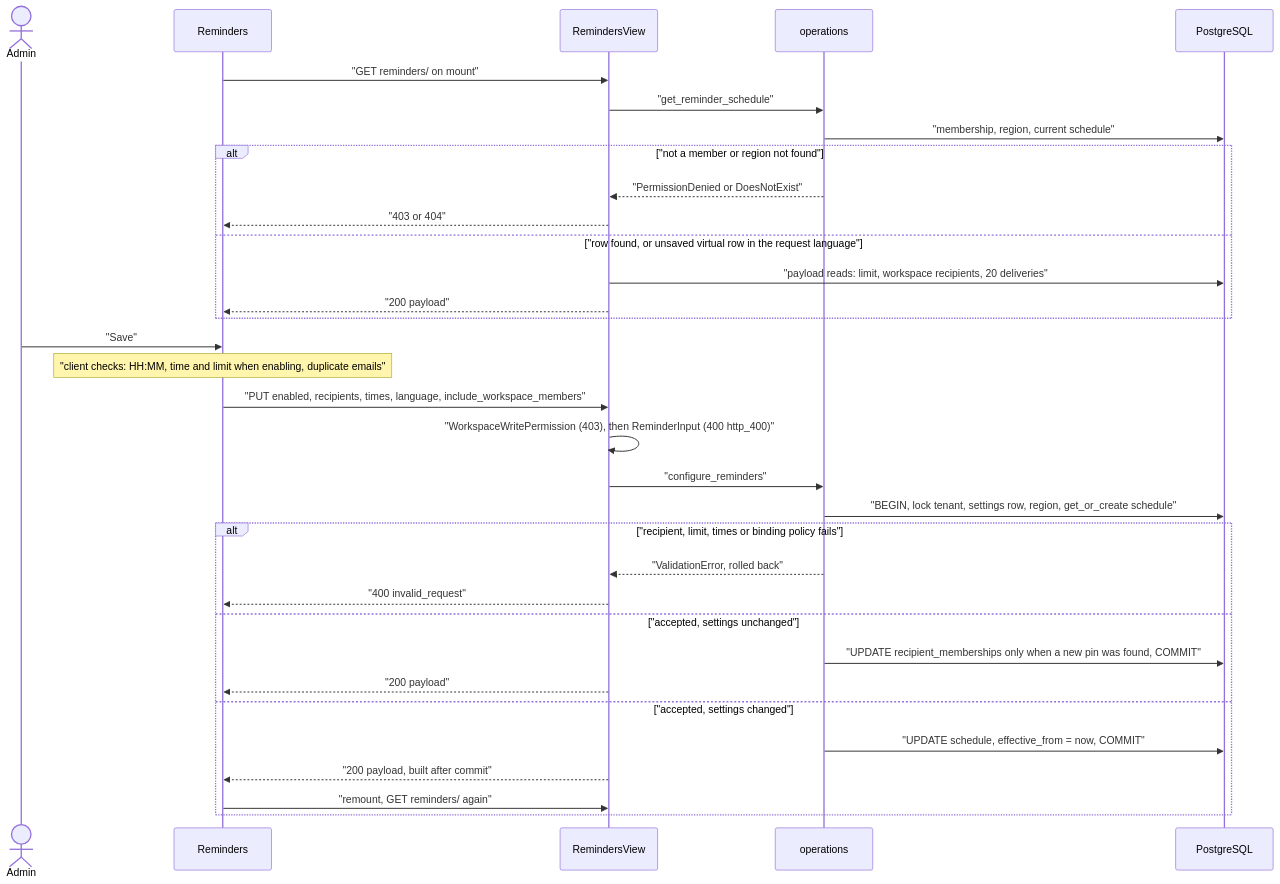
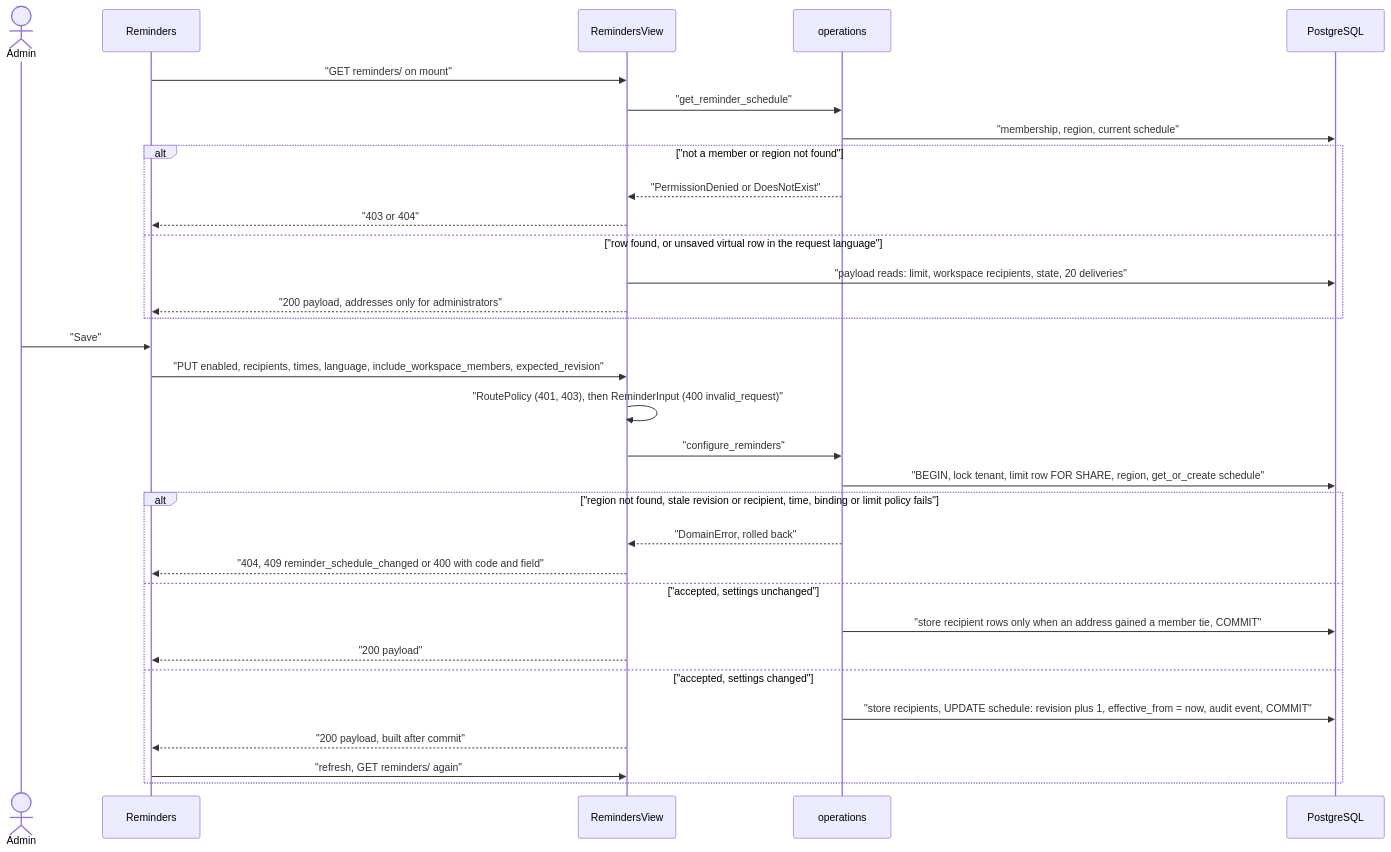
One commit to erkurtharun/pyracast changed the diagram in docs/flows/reminder-configuration.md. Above: the diagram before and after it, drawn with Mermaid. The commit also changed other lines of this file and 85 other files, not shown here.

First line of the commit message:
Bring the flow pages in line with the code (#107)

````diff
--- a/docs/flows/reminder-configuration.md
+++ b/docs/flows/reminder-configuration.md
@@ -13,35 +14,34 @@
 ```mermaid
 sequenceDiagram
     actor A as Admin
     participant U as Reminders
     participant V as RemindersView
     participant O as operations
     participant D as PostgreSQL
     U->>V: "GET reminders/ on mount"
     V->>O: "get_reminder_schedule"
     O->>D: "membership, region, current schedule"
     alt "not a member or region not found"
         O-->>V: "PermissionDenied or DoesNotExist"
         V-->>U: "403 or 404"
     else "row found, or unsaved virtual row in the request language"
-        V->>D: "payload reads: limit, workspace recipients, 20 deliveries"
-        V-->>U: "200 payload"
+        V->>D: "payload reads: limit, workspace recipients, state, 20 deliveries"
+        V-->>U: "200 payload, addresses only for administrators"
     end
     A->>U: "Save"
-    Note over U: "client checks: HH:MM, time and limit when enabling, duplicate emails"
-    U->>V: "PUT enabled, recipients, times, language, include_workspace_members"
-    V->>V: "WorkspaceWritePermission (403), then ReminderInput (400 http_400)"
+    U->>V: "PUT enabled, recipients, times, language, include_workspace_members, expected_revision"
+    V->>V: "RoutePolicy (401, 403), then ReminderInput (400 invalid_request)"
     V->>O: "configure_reminders"
-    O->>D: "BEGIN, lock tenant, settings row, region, get_or_create schedule"
-    alt "recipient, limit, times or binding policy fails"
-        O-->>V: "ValidationError, rolled back"
-        V-->>U: "400 invalid_request"
+    O->>D: "BEGIN, lock tenant, limit row FOR SHARE, region, get_or_create schedule"
+    alt "region not found, stale revision or recipient, time, binding or limit policy fails"
+        O-->>V: "DomainError, rolled back"
+        V-->>U: "404, 409 reminder_schedule_changed or 400 with code and field"
     else "accepted, settings unchanged"
-        O->>D: "UPDATE recipient_memberships only when a new pin was found, COMMIT"
+        O->>D: "store recipient rows only when an address gained a member tie, COMMIT"
         V-->>U: "200 payload"
     else "accepted, settings changed"
-        O->>D: "UPDATE schedule, effective_from = now, COMMIT"
+        O->>D: "store recipients, UPDATE schedule: revision plus 1, effective_from = now, audit event, COMMIT"
         V-->>U: "200 payload, built after commit"
-        U->>V: "remount, GET reminders/ again"
+        U->>V: "refresh, GET reminders/ again"
     end
 ```
````
